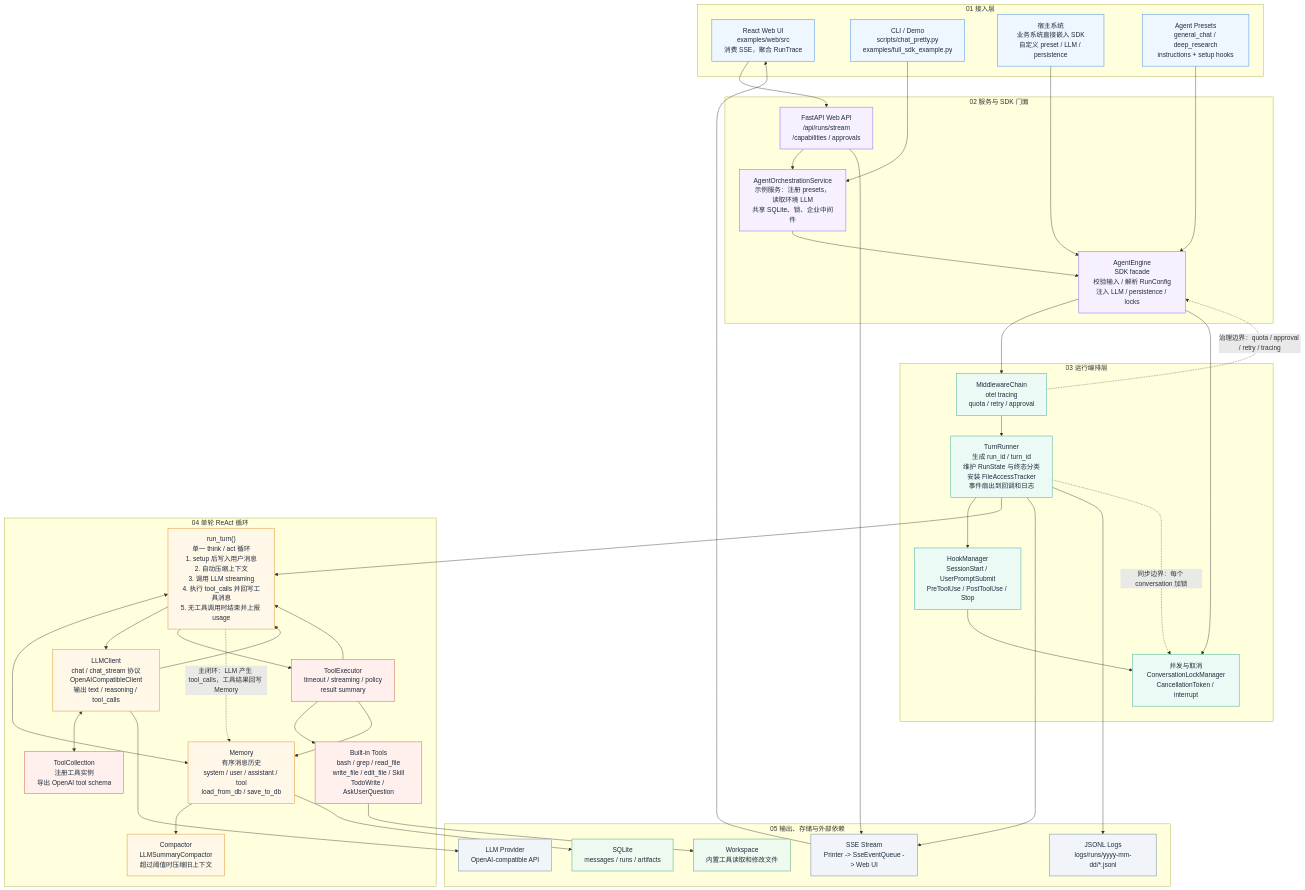
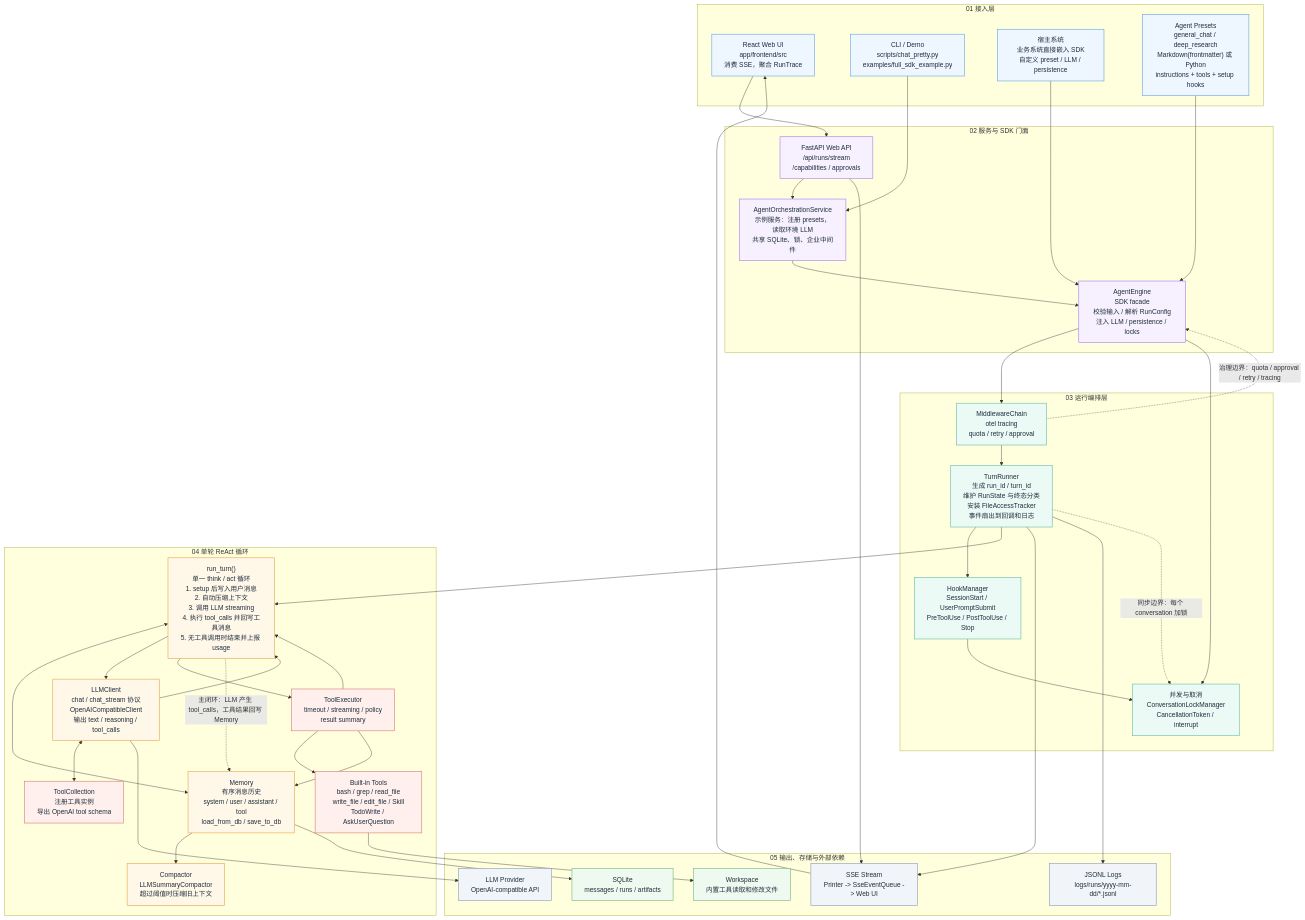
One commit to Aibd/AgentEngine changed the diagram in docs/agentengine-architecture.md. Above: the diagram before and after it, drawn with Mermaid. The commit also changed other lines of this file and 66 other files, not shown here.

First line of the commit message:
refactor: 参考 Web 应用迁出 examples/，重组为 app/backend 与 app/frontend

```diff
--- a/docs/agentengine-architecture.md
+++ b/docs/agentengine-architecture.md
@@ -13,10 +13,10 @@
 
     %% ========== 01 Entry ==========
     subgraph L1["01 接入层"]
-        Web["React Web UI<br/>examples/web/src<br/>消费 SSE，聚合 RunTrace"]:::client
+        Web["React Web UI<br/>app/frontend/src<br/>消费 SSE，聚合 RunTrace"]:::client
         CLI["CLI / Demo<br/>scripts/chat_pretty.py<br/>examples/full_sdk_example.py"]:::client
         Host["宿主系统<br/>业务系统直接嵌入 SDK<br/>自定义 preset / LLM / persistence"]:::client
-        Presets["Agent Presets<br/>general_chat / deep_research<br/>instructions + setup hooks"]:::client
+        Presets["Agent Presets<br/>general_chat / deep_research<br/>Markdown(frontmatter) 或 Python<br/>instructions + tools + setup hooks"]:::client
     end
 
     %% ========== 02 Service ==========
```
